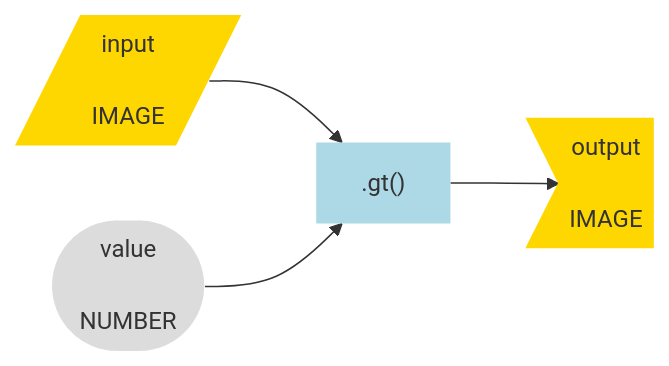
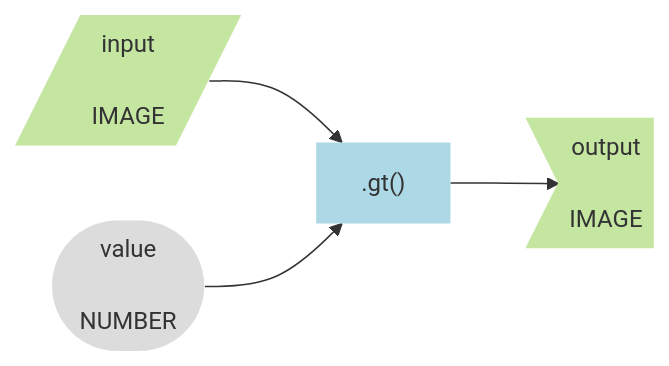
One commit to jeffhowarth/eeprimer changed the ninth of 17 diagrams in src/workflows/grassland_bird_habitat.md. Above: the diagram before and after it, drawn with Mermaid. The commit also changed other lines of this file and 5 other files, not shown here.

````diff
--- a/src/workflows/grassland_bird_habitat.md
+++ b/src/workflows/grassland_bird_habitat.md
@@ -416,11 +416,11 @@
 ``` mermaid
 graph LR
   input[/input\n\nIMAGE/] --> method1[".gt()"] ;
   arg_att1([value\n\nNUMBER]) --> method1;
   method1 --> output>output\n\nIMAGE];
 
-  style input fill:#FFD700,stroke-width:0px
+  style input fill:#C5E6A1,stroke-width:0px
   style method1 fill:#ADD8E6,stroke-width:0px
-  style output fill:#FFD700,stroke-width:0px
+  style output fill:#C5E6A1,stroke-width:0px
   style arg_att1 fill:#DCDCDC,stroke-width:0px
 ```
````
